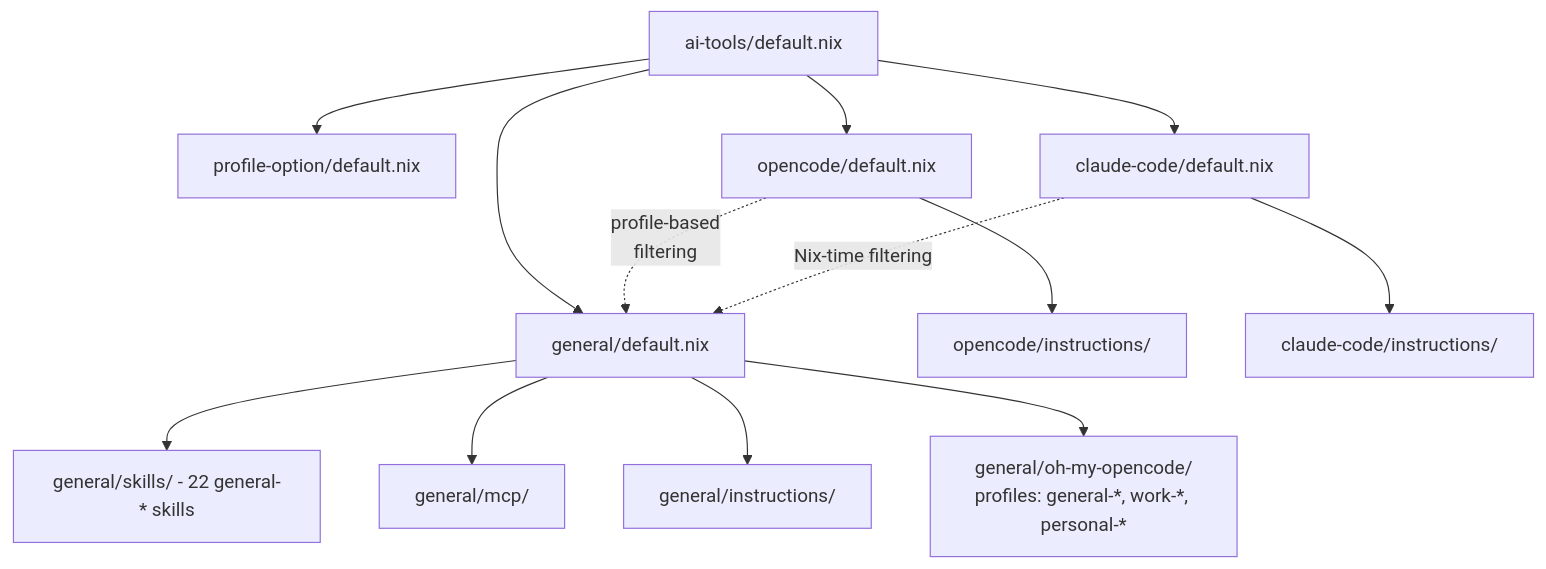
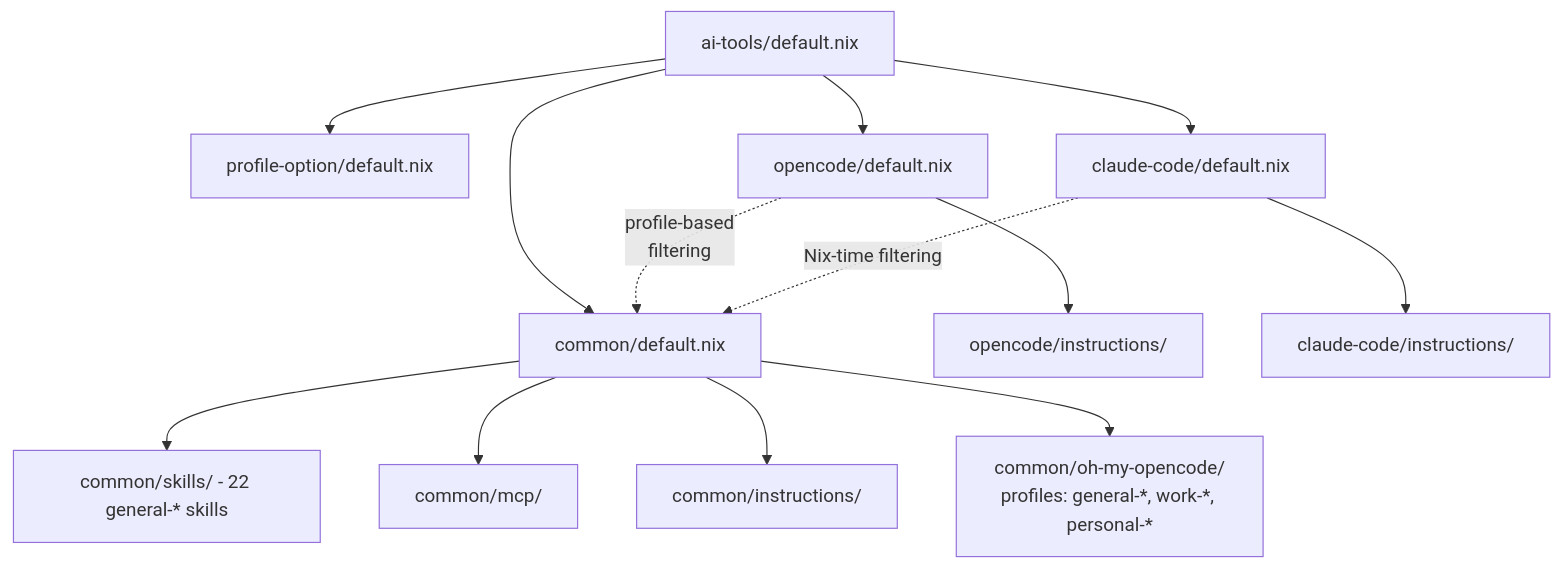
The diagram in modules/home-manager/features/ai-tools/README.md (zhongjis/nix-config), drawn with Mermaid before and after one commit. The commit also changed other lines of this file and 81 other files, not shown here.

First line of the commit message:
refactor(ai-tools): flatten common/ structure and inline profile-option

````diff
--- a/modules/home-manager/features/ai-tools/README.md
+++ b/modules/home-manager/features/ai-tools/README.md
@@ -44,18 +44,18 @@
 ```mermaid
 graph TD
     Root[ai-tools/default.nix] --> ProfileOpt[profile-option/default.nix]
-    Root --> General[general/default.nix]
+    Root --> Common[common/default.nix]
     Root --> Opencode[opencode/default.nix]
     Root --> ClaudeCode[claude-code/default.nix]
 
-    General --> Skills[general/skills/ - 22 general-* skills]
-    General --> MCP[general/mcp/]
-    General --> Instructions[general/instructions/]
-    General --> OhMyOpencode["general/oh-my-opencode/<br/>profiles: general-*, work-*, personal-*"]
+    Common --> Skills[common/skills/ - 22 general-* skills]
+    Common --> MCP[common/mcp/]
+    Common --> Instructions[common/instructions/]
+    Common --> OhMyOpencode["common/oh-my-opencode/<br/>profiles: general-*, work-*, personal-*"]
     
-    Opencode -.->|profile-based<br/>filtering| General
+    Opencode -.->|profile-based<br/>filtering| Common
     Opencode --> OpencodeInst[opencode/instructions/]
     
-    ClaudeCode -.->|Nix-time filtering| General
+    ClaudeCode -.->|Nix-time filtering| Common
     ClaudeCode --> ClaudeCodeInst[claude-code/instructions/]
 ```
````
